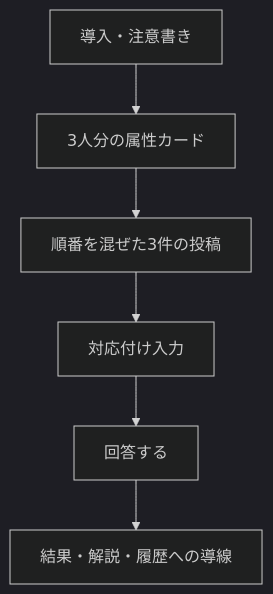
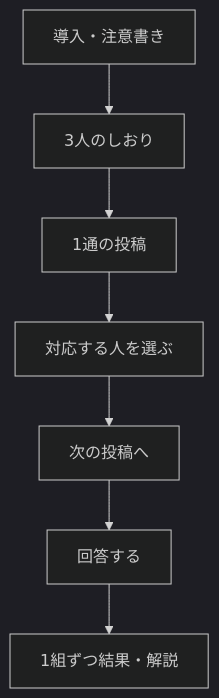
The diagram in docs/requirements/screens/quiz.md (Digix00/58-Hackathon-202609), drawn with Mermaid (dark theme) before and after one commit. The commit also changed other lines of this file and 6 other files, not shown here.

````diff
--- a/docs/requirements/screens/quiz.md
+++ b/docs/requirements/screens/quiz.md
@@ -13,11 +13,12 @@
 ```mermaid
 flowchart TB
   Guide["導入・注意書き"]
-  Participants["3人分の属性カード"]
-  Posts["順番を混ぜた3件の投稿"]
-  Answers["対応付け入力"]
+  Participants["3人のしおり"]
+  Post["1通の投稿"]
+  Answer["対応する人を選ぶ"]
+  Next["次の投稿へ"]
   Submit["回答する"]
-  Result["結果・解説・履歴への導線"]
+  Result["1組ずつ結果・解説"]
 
-  Guide --> Participants --> Posts --> Answers --> Submit --> Result
+  Guide --> Participants --> Post --> Answer --> Next --> Submit --> Result
 ```
````
